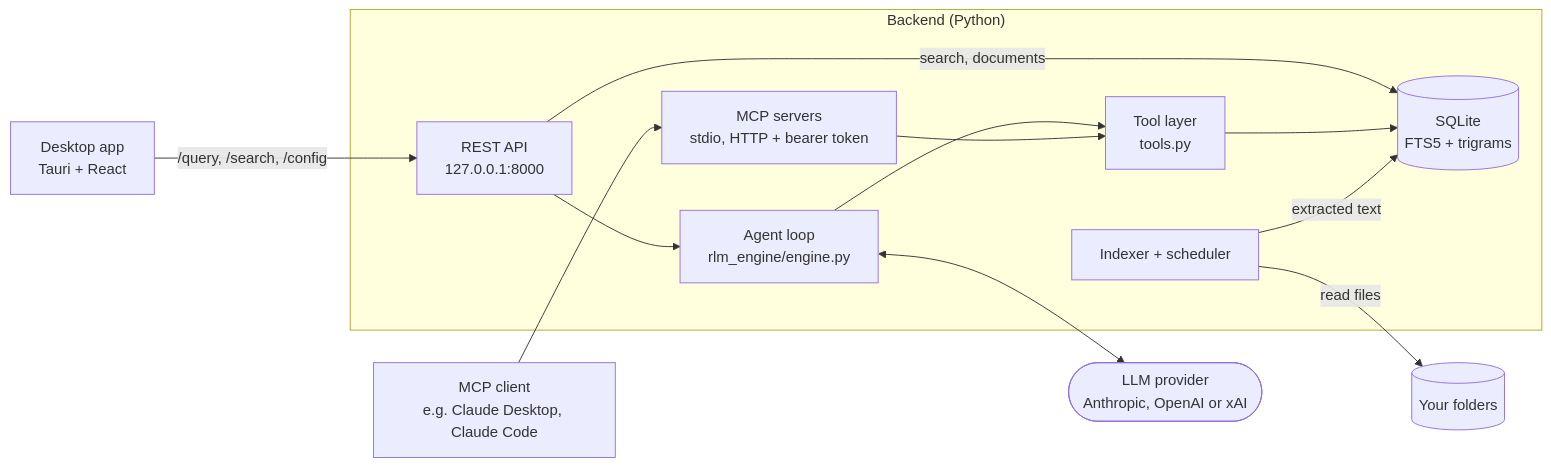
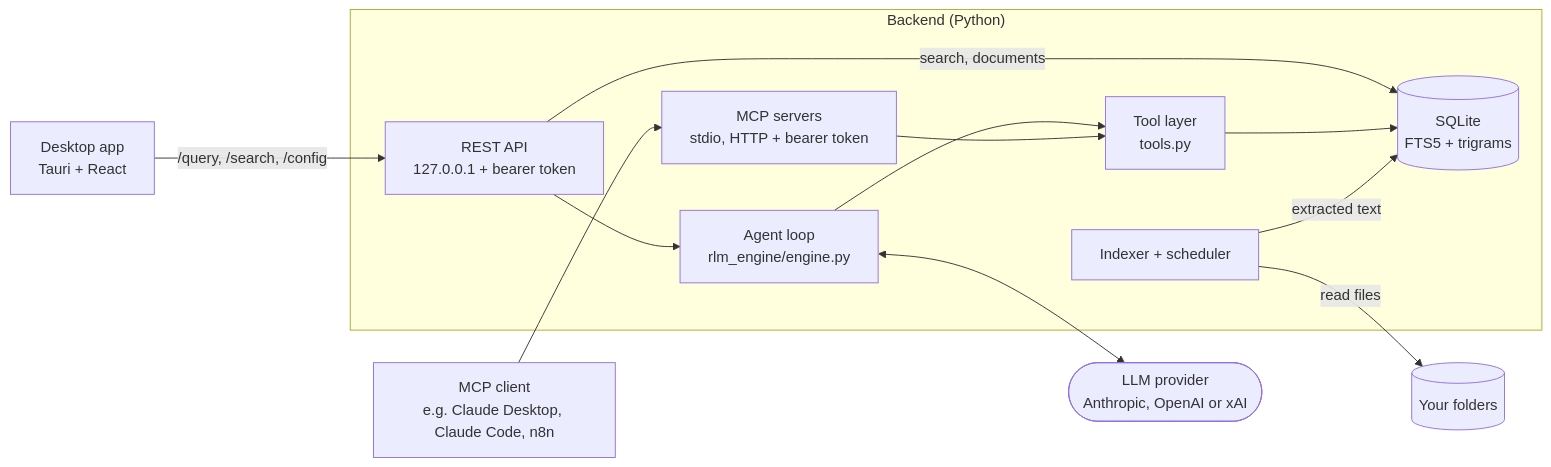
One commit to cgaeking/rootmind changed the diagram in README.md. Above: the diagram before and after it, drawn with Mermaid. The commit also changed other lines of this file and 155 other files, not shown here.

````diff
--- a/README.md
+++ b/README.md
@@ -23,28 +192,28 @@
 ```mermaid
 flowchart LR
     desktop["Desktop app<br/>Tauri + React"]
-    mcpclient["MCP client<br/>e.g. Claude Desktop, Claude Code"]
+    mcpclient["MCP client<br/>e.g. Claude Desktop, Claude Code, n8n"]
 
     subgraph backend["Backend (Python)"]
-        rest["REST API<br/>127.0.0.1:8000"]
+        rest["REST API<br/>127.0.0.1 + bearer token"]
         mcp["MCP servers<br/>stdio, HTTP + bearer token"]
         engine["Agent loop<br/>rlm_engine/engine.py"]
         tools["Tool layer<br/>tools.py"]
         repo[("SQLite<br/>FTS5 + trigrams")]
         indexer["Indexer + scheduler"]
     end
 
     folders[("Your folders")]
     llm(["LLM provider<br/>Anthropic, OpenAI or xAI"])
 
     desktop -- "/query, /search, /config" --> rest
     mcpclient --> mcp
     rest --> engine
     rest -- "search, documents" --> repo
     engine <--> llm
     engine --> tools
     mcp --> tools
     tools --> repo
     indexer -- "read files" --> folders
     indexer -- "extracted text" --> repo
 ```
````
